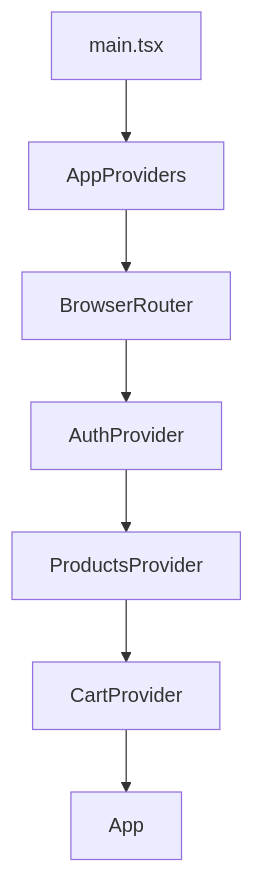
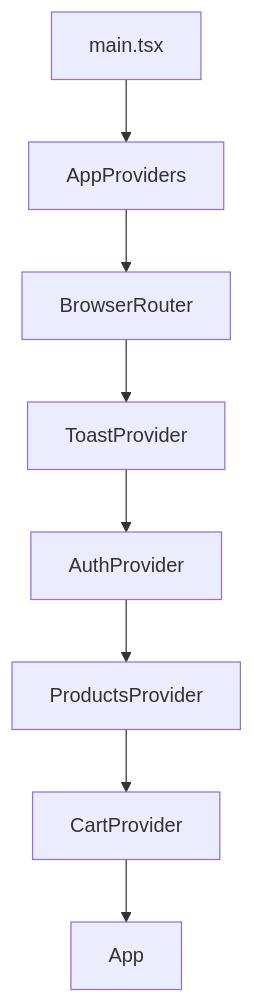
Before and after one commit to candelariaferrari/proyectoM5_CandelariaFerrari: the diagram in README.md, drawn with Mermaid. The commit also changed other lines of this file, not shown here.

````diff
--- a/README.md
+++ b/README.md
@@ -51,9 +94,10 @@
 ```mermaid
 graph TD
     A[main.tsx] --> B[AppProviders]
     B --> C[BrowserRouter]
-    C --> D[AuthProvider]
-    D --> E[ProductsProvider]
-    E --> F[CartProvider]
-    F --> G[App]
+    C --> D[ToastProvider]
+    D --> E[AuthProvider]
+    E --> F[ProductsProvider]
+    F --> G[CartProvider]
+    G --> H[App]
 ```
````
